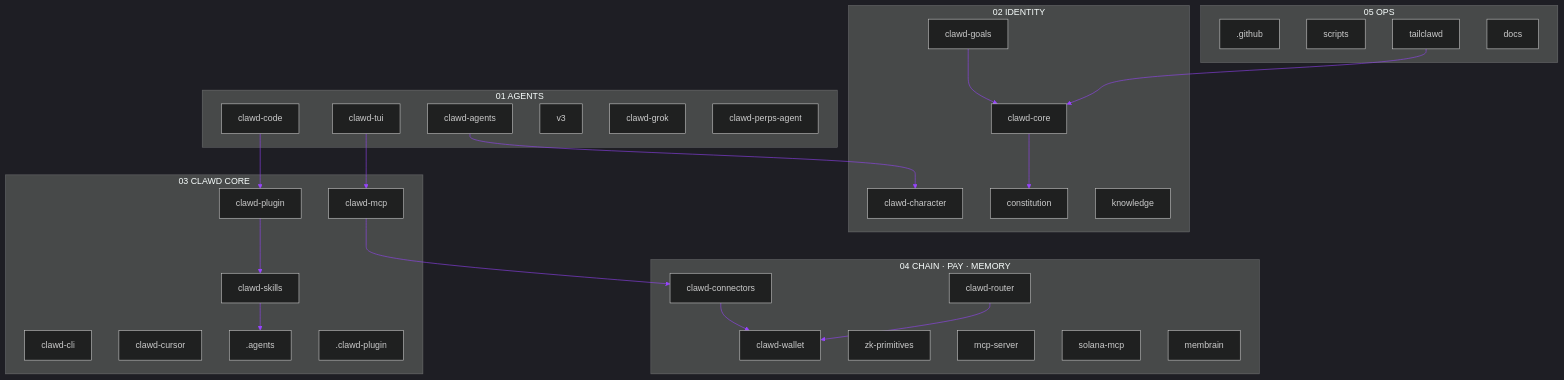
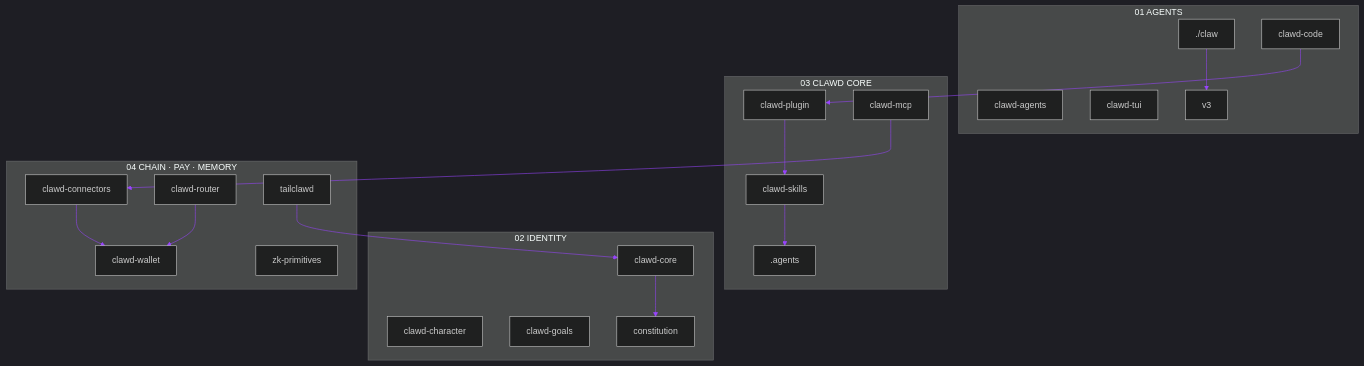
One commit to Solizardking/clawd-cloud changed the diagram in core-ai/README.md. Above: the diagram before and after it, drawn with Mermaid. The commit also changed other lines of this file and 15 other files, not shown here.

````diff
--- a/core-ai/README.md
+++ b/core-ai/README.md
@@ -28,54 +40,39 @@
 ```mermaid
 %%{init: {"theme":"dark","themeVariables":{"primaryColor":"#142033","primaryTextColor":"#14F195","lineColor":"#9945FF","secondaryColor":"#0d1117","tertiaryColor":"#1e2a44","fontFamily":"ui-monospace, Menlo, monospace"}}}%%
 flowchart TB
   subgraph AGENTS["01  AGENTS"]
+    CLAW["./claw"]
     CC["clawd-code"]
     CA["clawd-agents"]
     TUI["clawd-tui"]
     V3["v3"]
-    CG["clawd-grok"]
-    PA["clawd-perps-agent"]
   end
   subgraph IDENTITY["02  IDENTITY"]
     CORE["clawd-core"]
     CHAR["clawd-character"]
     GOALS["clawd-goals"]
     CON["constitution"]
-    KB["knowledge"]
   end
   subgraph COREPKG["03  CLAWD CORE"]
     PL["clawd-plugin"]
     SK["clawd-skills"]
     MCP["clawd-mcp"]
-    CLI["clawd-cli"]
-    CUR["clawd-cursor"]
     AG[".agents"]
-    MKT[".clawd-plugin"]
   end
   subgraph EDGE["04  CHAIN · PAY · MEMORY"]
     CONN["clawd-connectors"]
     WAL["clawd-wallet"]
     RTR["clawd-router"]
     ZK["zk-primitives"]
-    PUMP["mcp-server"]
-    SOL["solana-mcp"]
-    MB["membrain"]
+    TAIL["tailclawd"]
   end
-  subgraph OPS["05  OPS"]
-    GH[".github"]
-    SCR["scripts"]
-    TAIL["tailclawd"]
-    DOCS["docs"]
-  end
+  CLAW --> V3
   CC --> PL
-  CA --> CHAR
-  TUI --> MCP
   PL --> SK
   SK --> AG
   MCP --> CONN
   CONN --> WAL
   RTR --> WAL
   CORE --> CON
-  GOALS --> CORE
   TAIL --> CORE
 ```
````
